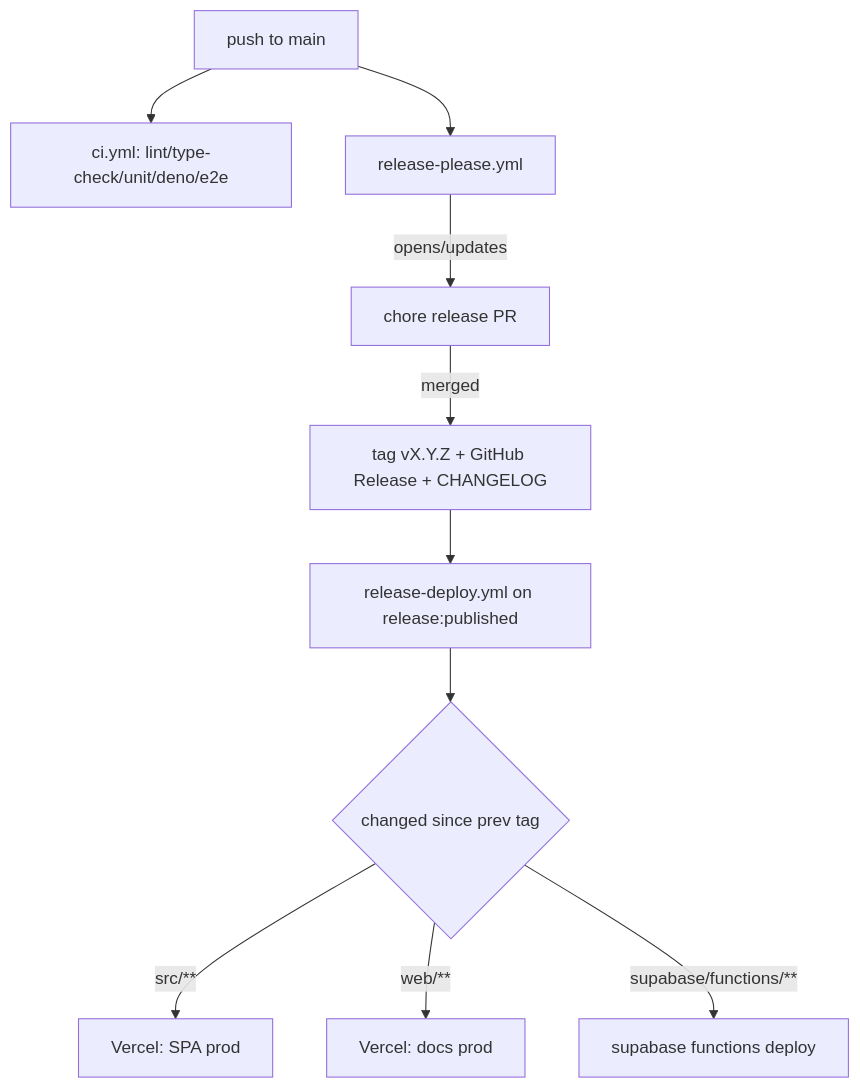
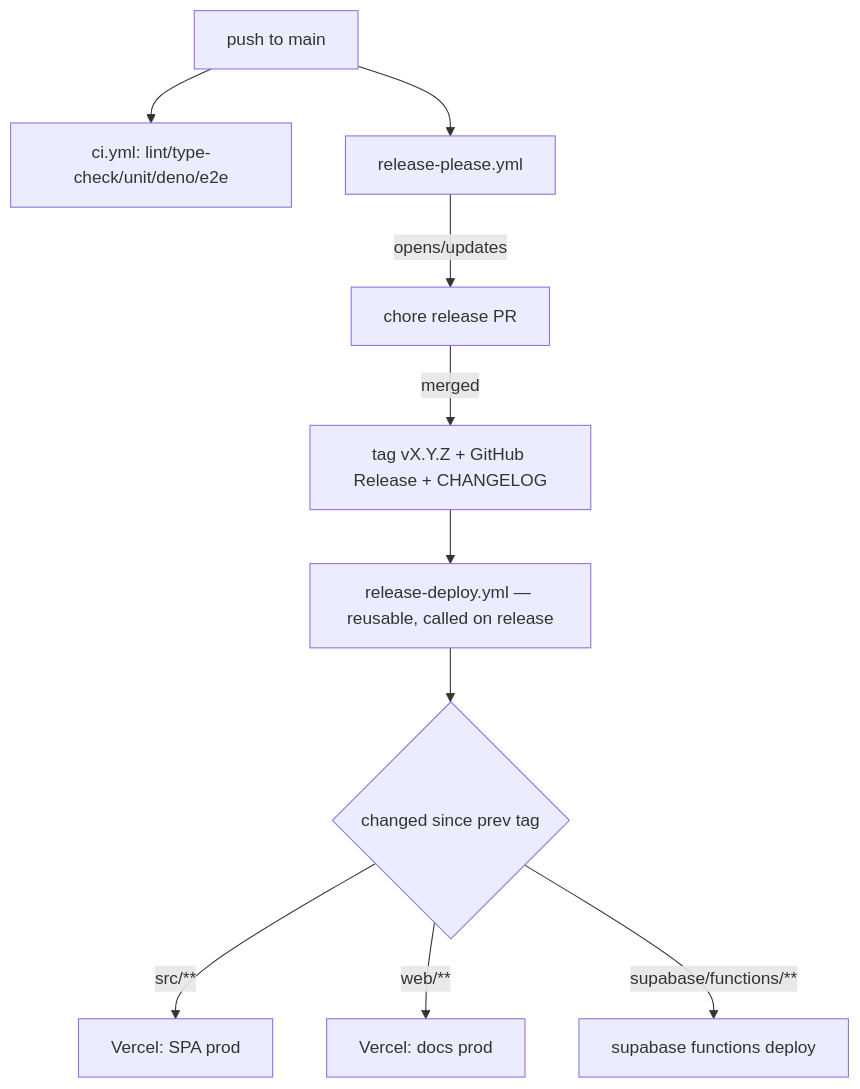
Before and after one commit to PierreTsia/workout-app: the diagram in docs/Tech_Plan_—_Release_Mechanism_#328.md, drawn with Mermaid. The commit also changed other lines of this file and 3 other files, not shown here.

````diff
--- a/docs/Tech_Plan_—_Release_Mechanism_#328.md
+++ b/docs/Tech_Plan_—_Release_Mechanism_#328.md
@@ -91,12 +91,12 @@
 ```mermaid
 graph TD
     A[push to main] --> B[ci.yml: lint/type-check/unit/deno/e2e]
     A --> C[release-please.yml]
     C -->|opens/updates| D[chore release PR]
     D -->|merged| E[tag vX.Y.Z + GitHub Release + CHANGELOG]
-    E --> F[release-deploy.yml on release:published]
+    E --> F[release-deploy.yml — reusable, called on release]
     F --> G{changed since prev tag}
     G -->|src/**| H[Vercel: SPA prod]
     G -->|web/**| I[Vercel: docs prod]
     G -->|supabase/functions/**| J[supabase functions deploy]
 ```
````
